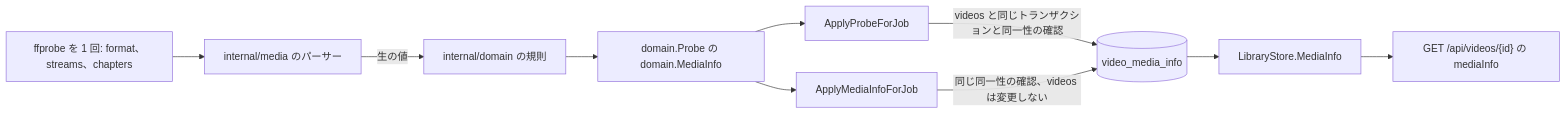
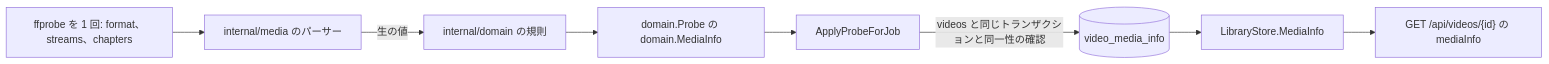
The diagram in translations/ja/docs/design-docs/media-information.md (syudead/vv), drawn with Mermaid before and after one commit. The commit also changed other lines of this file and 6 other files, not shown here.

````diff
--- a/translations/ja/docs/design-docs/media-information.md
+++ b/translations/ja/docs/design-docs/media-information.md
@@ -12,12 +12,10 @@
 ```mermaid
 flowchart LR
   ffprobe[ffprobe を 1 回: format、streams、chapters] --> parser[internal/media のパーサー]
   parser -->|生の値| rules[internal/domain の規則]
   rules --> info[domain.Probe の domain.MediaInfo]
   info --> apply[ApplyProbeForJob]
-  info --> again[ApplyMediaInfoForJob]
   apply -->|videos と同じトランザクションと同一性の確認| row[(video_media_info)]
-  again -->|同じ同一性の確認、videos は変更しない| row
   row --> read[LibraryStore.MediaInfo]
   read --> detail["GET /api/videos/{id} の mediaInfo"]
 ```
````
